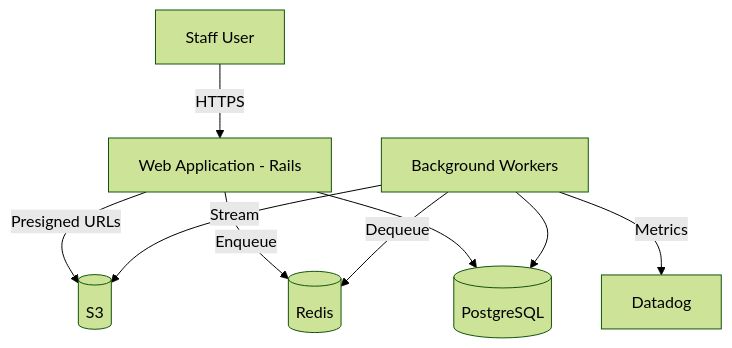
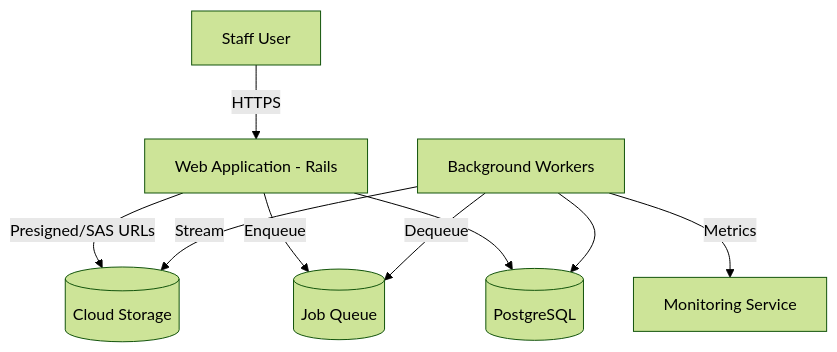
The third of 5 diagrams in docs/architecture/batch-upload/batch-upload.md (navapbc/oscer), drawn with Mermaid (forest theme) before and after one commit. The commit also changed other lines of this file, not shown here.

````diff
--- a/docs/architecture/batch-upload/batch-upload.md
+++ b/docs/architecture/batch-upload/batch-upload.md
@@ -59,11 +60,11 @@
 ```mermaid
 flowchart TB
     Staff[Staff User] -->|"HTTPS"| WebApp[Web Application - Rails]
-    WebApp -->|"Presigned URLs"| S3[(S3)]
-    WebApp -->|"Enqueue"| Redis[(Redis)]
+    WebApp -->|"Presigned/SAS URLs"| Storage[(Cloud Storage)]
+    WebApp -->|"Enqueue"| Queue[(Job Queue)]
     WebApp --> DB[(PostgreSQL)]
-    Workers[Background Workers] -->|"Dequeue"| Redis
-    Workers -->|"Stream"| S3
+    Workers[Background Workers] -->|"Dequeue"| Queue
+    Workers -->|"Stream"| Storage
     Workers --> DB
-    Workers -->|"Metrics"| APM[Datadog]
+    Workers -->|"Metrics"| Monitoring[Monitoring Service]
 ```
````
